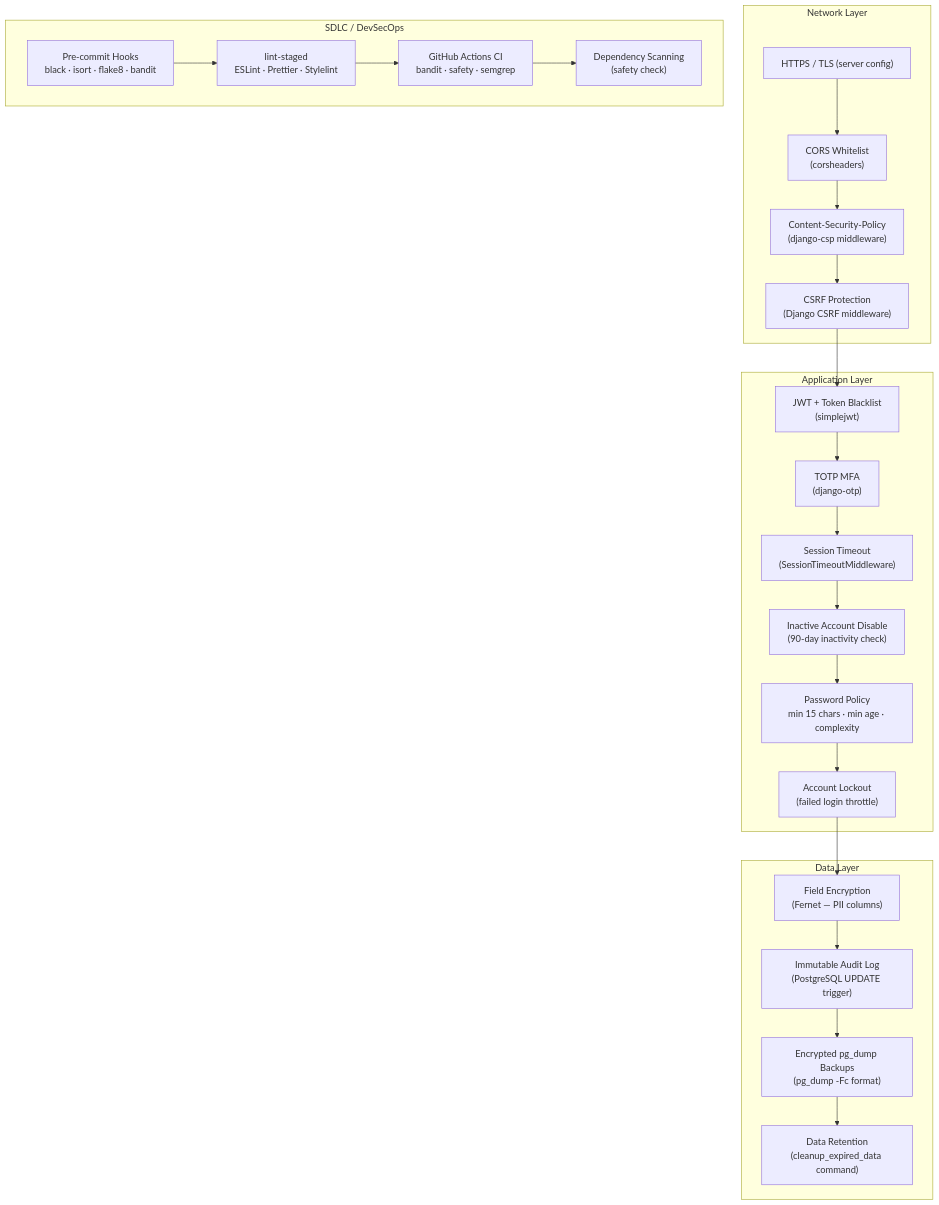
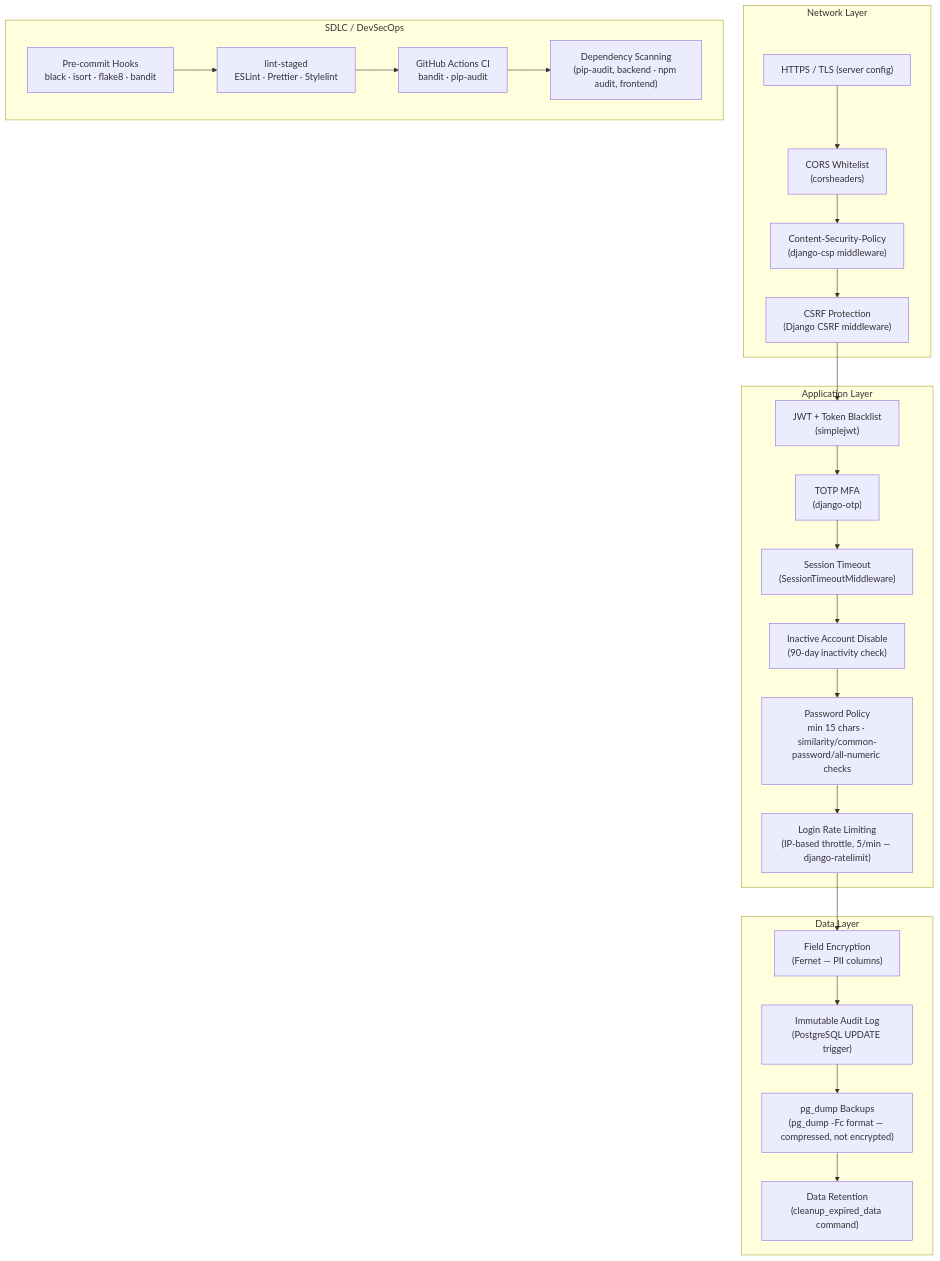
Before and after one commit to arslant84/tms.app: the fifth of 13 diagrams in docs/ARCHITECTURE.md, drawn with Mermaid. The commit also changed other lines of this file and 4 other files, not shown here.

First line of the commit message:
Use configurable pg_dump/pg_restore binary paths, prune old backups, sync architecture docs

````diff
--- a/docs/ARCHITECTURE.md
+++ b/docs/ARCHITECTURE.md
@@ -223,38 +223,38 @@
 ```mermaid
 graph TD
     subgraph Network["Network Layer"]
         HTTPS["HTTPS / TLS (server config)"]
         CORS["CORS Whitelist<br/>(corsheaders)"]
         CSP["Content-Security-Policy<br/>(django-csp middleware)"]
         CSRF["CSRF Protection<br/>(Django CSRF middleware)"]
     end
 
     subgraph Application["Application Layer"]
         JWT2["JWT + Token Blacklist<br/>(simplejwt)"]
         MFA2["TOTP MFA<br/>(django-otp)"]
         SESS["Session Timeout<br/>(SessionTimeoutMiddleware)"]
         INACT["Inactive Account Disable<br/>(90-day inactivity check)"]
-        PWD["Password Policy<br/>min 15 chars · min age · complexity"]
-        LOCK["Account Lockout<br/>(failed login throttle)"]
+        PWD["Password Policy<br/>min 15 chars · similarity/common-password/all-numeric checks"]
+        LOCK["Login Rate Limiting<br/>(IP-based throttle, 5/min — django-ratelimit)"]
     end
 
     subgraph Data2["Data Layer"]
         ENC2["Field Encryption<br/>(Fernet — PII columns)"]
         AUDIT3["Immutable Audit Log<br/>(PostgreSQL UPDATE trigger)"]
-        BACKUP2["Encrypted pg_dump Backups<br/>(pg_dump -Fc format)"]
+        BACKUP2["pg_dump Backups<br/>(pg_dump -Fc format — compressed, not encrypted)"]
         RET["Data Retention<br/>(cleanup_expired_data command)"]
     end
 
     subgraph SDLC["SDLC / DevSecOps"]
         PC["Pre-commit Hooks<br/>black · isort · flake8 · bandit"]
         LS["lint-staged<br/>ESLint · Prettier · Stylelint"]
-        CI["GitHub Actions CI<br/>bandit · safety · semgrep"]
-        SCAN["Dependency Scanning<br/>(safety check)"]
+        CI["GitHub Actions CI<br/>bandit · pip-audit"]
+        SCAN["Dependency Scanning<br/>(pip-audit, backend · npm audit, frontend)"]
     end
 
     HTTPS --> CORS --> CSP --> CSRF
     CSRF --> JWT2 --> MFA2 --> SESS
     SESS --> INACT --> PWD --> LOCK
     LOCK --> ENC2 --> AUDIT3 --> BACKUP2 --> RET
     PC --> LS --> CI --> SCAN
 ```
````
